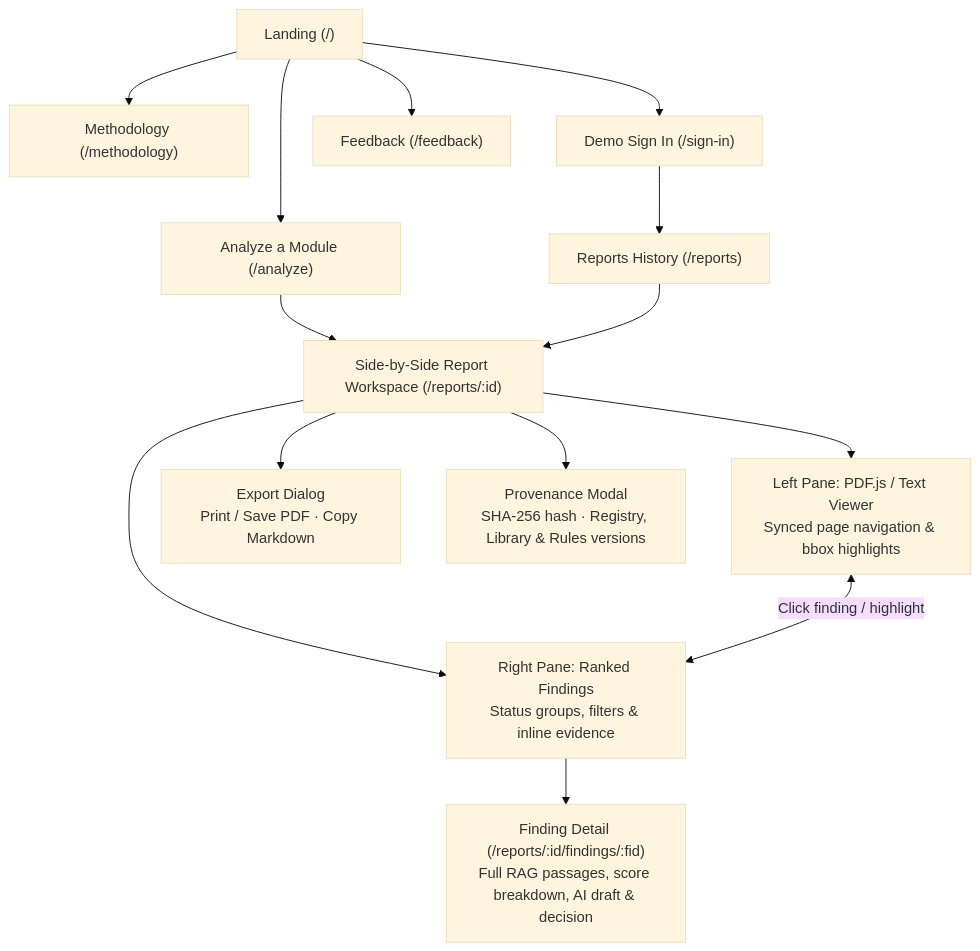
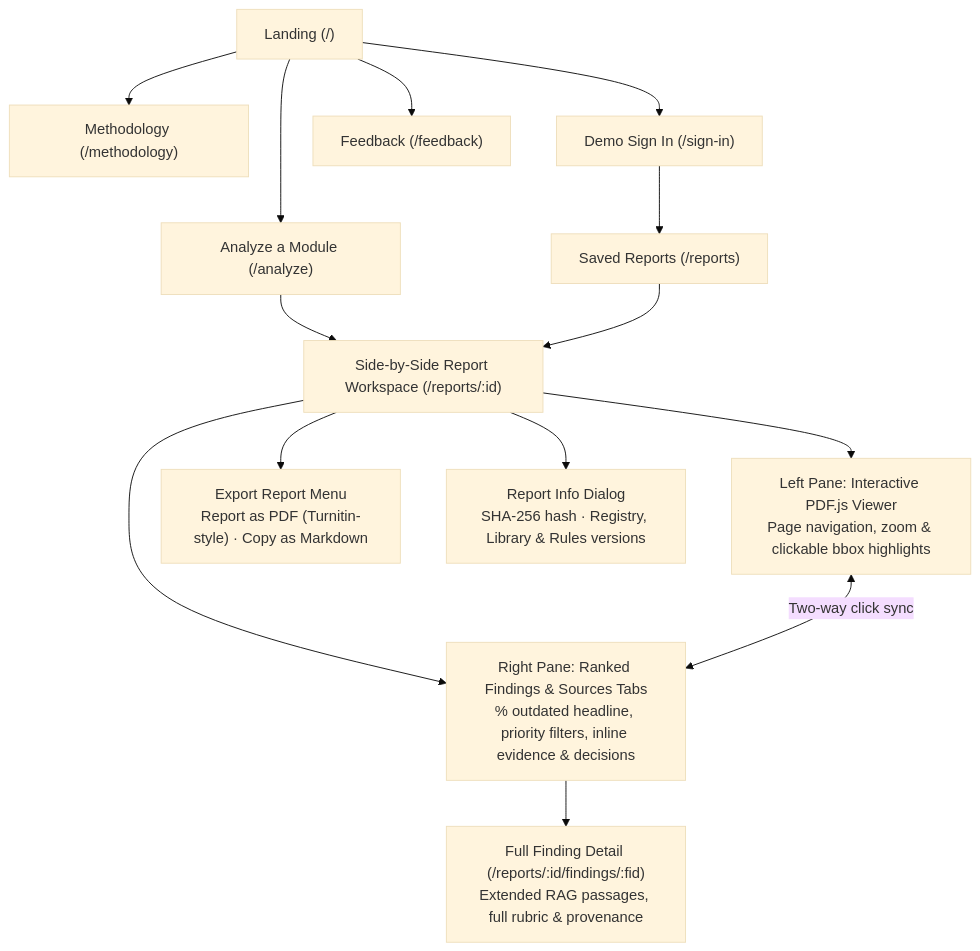
Before and after one commit to educ-jkescritor/GroundEd: the second of 4 diagrams in docs/user-flow.md, drawn with Mermaid (base theme). The commit also changed other lines of this file and 7 other files, not shown here.

First line of the commit message:
docs: refresh README, architecture, API examples and user flows

````diff
--- a/docs/user-flow.md
+++ b/docs/user-flow.md
@@ -30,19 +28,19 @@
 ```mermaid
 flowchart TD
     Root["Landing (/)"] --> Analyze["Analyze a Module (/analyze)"]
     Root --> Methodology["Methodology (/methodology)"]
     Root --> SignIn["Demo Sign In (/sign-in)"]
     Root --> Feedback["Feedback (/feedback)"]
 
     Analyze --> Report["Side-by-Side Report Workspace (/reports/:id)"]
-    SignIn --> History["Reports History (/reports)"]
+    SignIn --> History["Saved Reports (/reports)"]
     History --> Report
 
-    Report --> ModPane["Left Pane: PDF.js / Text Viewer<br/>Synced page navigation & bbox highlights"]
-    Report --> FindPane["Right Pane: Ranked Findings<br/>Status groups, filters & inline evidence"]
-    ModPane <-->|"Click finding / highlight"| FindPane
+    Report --> ModPane["Left Pane: Interactive PDF.js Viewer<br/>Page navigation, zoom & clickable bbox highlights"]
+    Report --> FindPane["Right Pane: Ranked Findings & Sources Tabs<br/>% outdated headline, priority filters, inline evidence & decisions"]
+    ModPane <-->|"Two-way click sync"| FindPane
 
-    FindPane --> Detail["Finding Detail (/reports/:id/findings/:fid)<br/>Full RAG passages, score breakdown, AI draft & decision"]
-    Report --> Export["Export Dialog<br/>Print / Save PDF · Copy Markdown"]
-    Report --> Provenance["Provenance Modal<br/>SHA-256 hash · Registry, Library & Rules versions"]
+    FindPane --> Detail["Full Finding Detail (/reports/:id/findings/:fid)<br/>Extended RAG passages, full rubric & provenance"]
+    Report --> Export["Export Report Menu<br/>Report as PDF (Turnitin-style) · Copy as Markdown"]
+    Report --> Provenance["Report Info Dialog<br/>SHA-256 hash · Registry, Library & Rules versions"]
 ```
````
